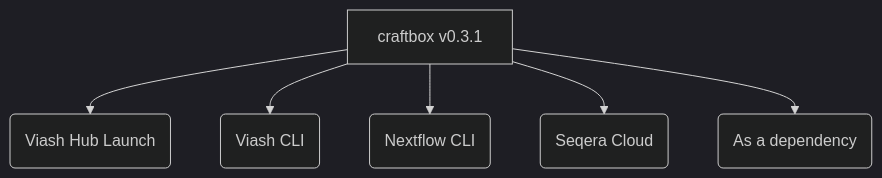
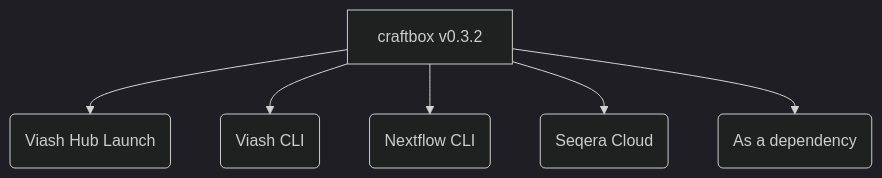
One commit to viash-hub/craftbox changed the diagram in README.md. Above: the diagram before and after it, drawn with Mermaid (dark theme). The commit also changed other lines of this file and 2 other files, not shown here.

````diff
--- a/README.md
+++ b/README.md
@@ -44,8 +44,8 @@
 ``` mermaid lang="mermaid
 flowchart TD
-    A[craftbox v0.3.1] --> B(Viash Hub Launch)
+    A[craftbox v0.3.2] --> B(Viash Hub Launch)
     A --> C(Viash CLI)
     A --> D(Nextflow CLI)
     A --> E(Seqera Cloud)
     A --> F(As a dependency)
 ```
````
